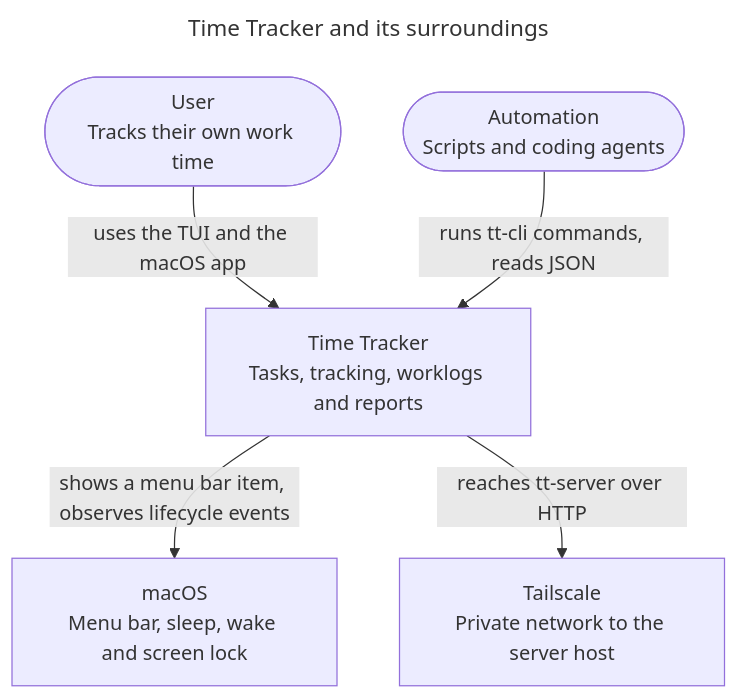
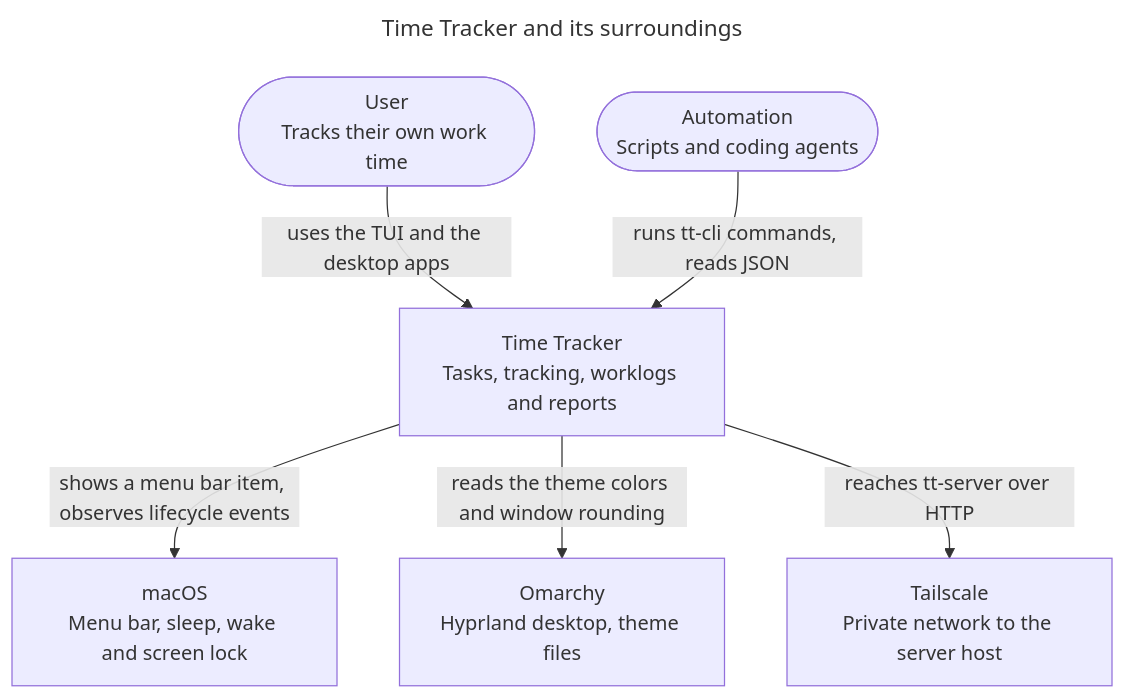
The first of 6 diagrams in docs/architecture/architecture.md (remshams/time-tracker), drawn with Mermaid before and after one commit. The commit also changed other lines of this file and 3 other files, not shown here.

First line of the commit message:
docs(Architecture): add the Omarchy client and the shared tracker-bridge crate

````diff
--- a/docs/architecture/architecture.md
+++ b/docs/architecture/architecture.md
@@ -52,15 +53,17 @@
 ```mermaid
 ---
 title: Time Tracker and its surroundings
 ---
 flowchart TD
     user(["User<br>Tracks their own work time"]):::person
     automation(["Automation<br>Scripts and coding agents"]):::person
     tracker["Time Tracker<br>Tasks, tracking, worklogs and reports"]:::system
     macos["macOS<br>Menu bar, sleep, wake and screen lock"]:::external
+    omarchy["Omarchy<br>Hyprland desktop, theme files"]:::external
     tailscale["Tailscale<br>Private network to the server host"]:::external
-    user -->|uses the TUI and the macOS app| tracker
+    user -->|uses the TUI and the desktop apps| tracker
     automation -->|runs tt-cli commands, reads JSON| tracker
     tracker -->|shows a menu bar item, observes lifecycle events| macos
+    tracker -->|reads the theme colors and window rounding| omarchy
     tracker -->|reaches tt-server over HTTP| tailscale
 ```
````
